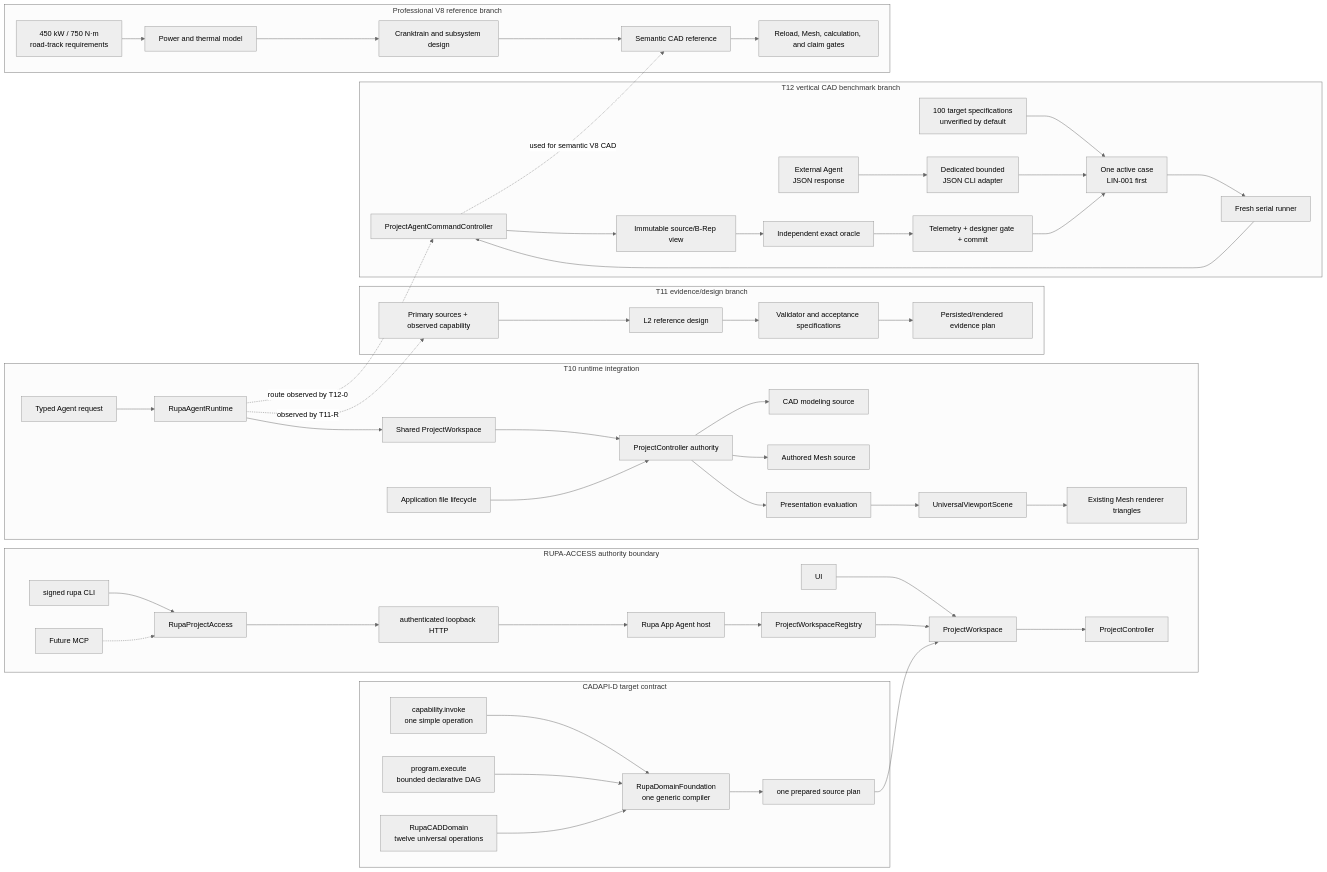
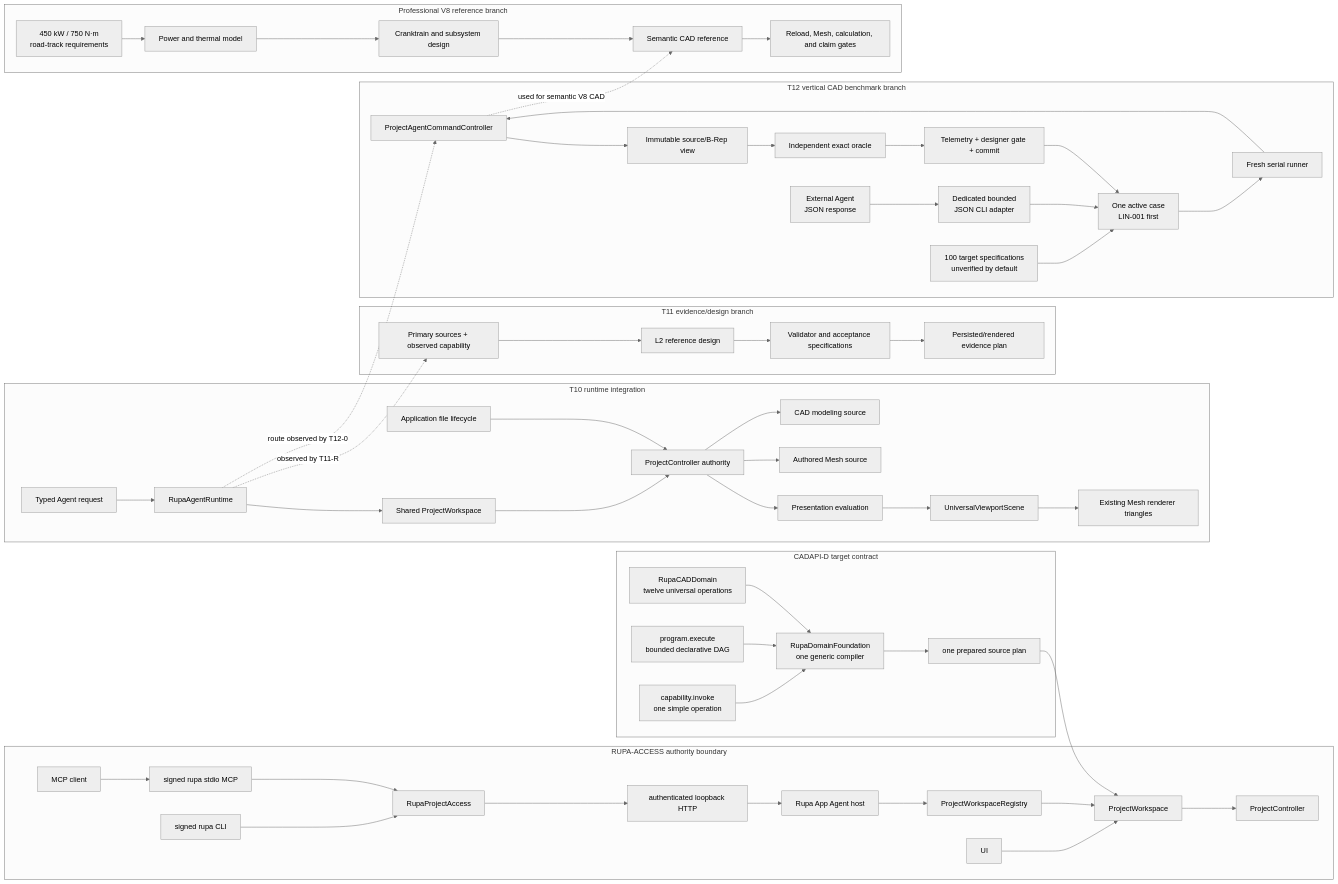
The first of 3 diagrams in DESIGN.md (1amageek/Rupa), drawn with Mermaid (neutral theme) before and after one commit. The commit also changed other lines of this file and 6 other files, not shown here.

Commit message:
Define Rupa MCP integration contract

````diff
--- a/DESIGN.md
+++ b/DESIGN.md
@@ -91,56 +91,57 @@
 ```mermaid
 flowchart LR
     subgraph Access["RUPA-ACCESS authority boundary"]
         UIAccess["UI"] --> WorkspaceAuthority["ProjectWorkspace"]
         CLIAccess["signed rupa CLI"] --> AccessAPI
-        MCPAccess["Future MCP"] -.-> AccessAPI
+        MCPClient["MCP client"] --> MCPAccess["signed rupa stdio MCP"]
+        MCPAccess --> AccessAPI
         AccessAPI["RupaProjectAccess"] --> LiveAdapter["authenticated loopback HTTP"]
         LiveAdapter --> AppHost["Rupa App Agent host"]
         AppHost --> WorkspaceRegistry["ProjectWorkspaceRegistry"]
         WorkspaceRegistry --> WorkspaceAuthority
         WorkspaceAuthority --> ControllerAuthority["ProjectController"]
     end
     subgraph T10["T10 runtime integration"]
         Agent["Typed Agent request"] --> Runtime["RupaAgentRuntime"]
         Runtime --> Workspace["Shared ProjectWorkspace"]
         Workspace --> Project["ProjectController authority"]
         Project --> CAD["CAD modeling source"]
         Project --> Mesh["Authored Mesh source"]
         Project --> Eval["Presentation evaluation"]
         Eval --> Scene["UniversalViewportScene"]
         Scene --> Render["Existing Mesh renderer triangles"]
         App["Application file lifecycle"] --> Project
     end
     subgraph CADAPI["CADAPI-D target contract"]
         Direct["capability.invoke\none simple operation"] --> Semantic["RupaDomainFoundation\none generic compiler"]
         Program["program.execute\nbounded declarative DAG"] --> Semantic
         CADRegistry["RupaCADDomain\ntwelve universal operations"] --> Semantic
         Semantic --> Prepared["one prepared source plan"]
         Prepared --> WorkspaceAuthority
     end
     subgraph T11["T11 evidence/design branch"]
         Sources["Primary sources + observed capability"] --> Reference["L2 reference design"]
         Reference --> Acceptance["Validator and acceptance specifications"]
         Acceptance --> ArtifactEvidence["Persisted/rendered evidence plan"]
     end
     subgraph T12["T12 vertical CAD benchmark branch"]
         Challenge["100 target specifications\nunverified by default"] --> Active["One active case\nLIN-001 first"]
         External["External Agent\nJSON response"] --> Adapter["Dedicated bounded\nJSON CLI adapter"]
         Adapter --> Active
         Active --> Runner["Fresh serial runner"]
         Runner --> AgentRoute["ProjectAgentCommandController"]
         AgentRoute --> SourceSnapshot["Immutable source/B-Rep view"]
         SourceSnapshot --> Oracle["Independent exact oracle"]
         Oracle --> Gate["Telemetry + designer gate + commit"]
         Gate --> Active
     end
     subgraph V8["Professional V8 reference branch"]
         V8Req["450 kW / 750 N·m\nroad-track requirements"] --> V8Thermal["Power and thermal model"]
         V8Thermal --> V8Mechanical["Cranktrain and subsystem design"]
         V8Mechanical --> V8CAD["Semantic CAD reference"]
         V8CAD --> V8Evidence["Reload, Mesh, calculation, and claim gates"]
     end
     Runtime -. "observed by T11-R" .-> Sources
     Runtime -. "route observed by T12-0" .-> AgentRoute
     AgentRoute -. "used for semantic V8 CAD" .-> V8CAD
 ```
````
